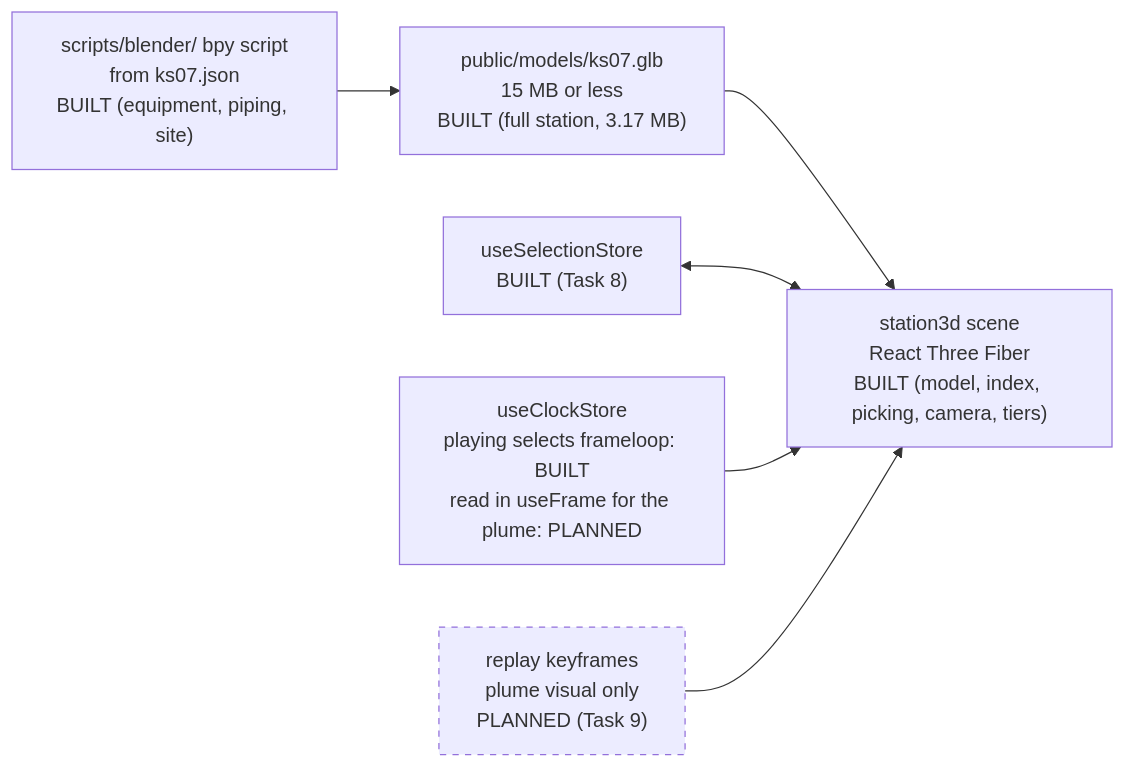
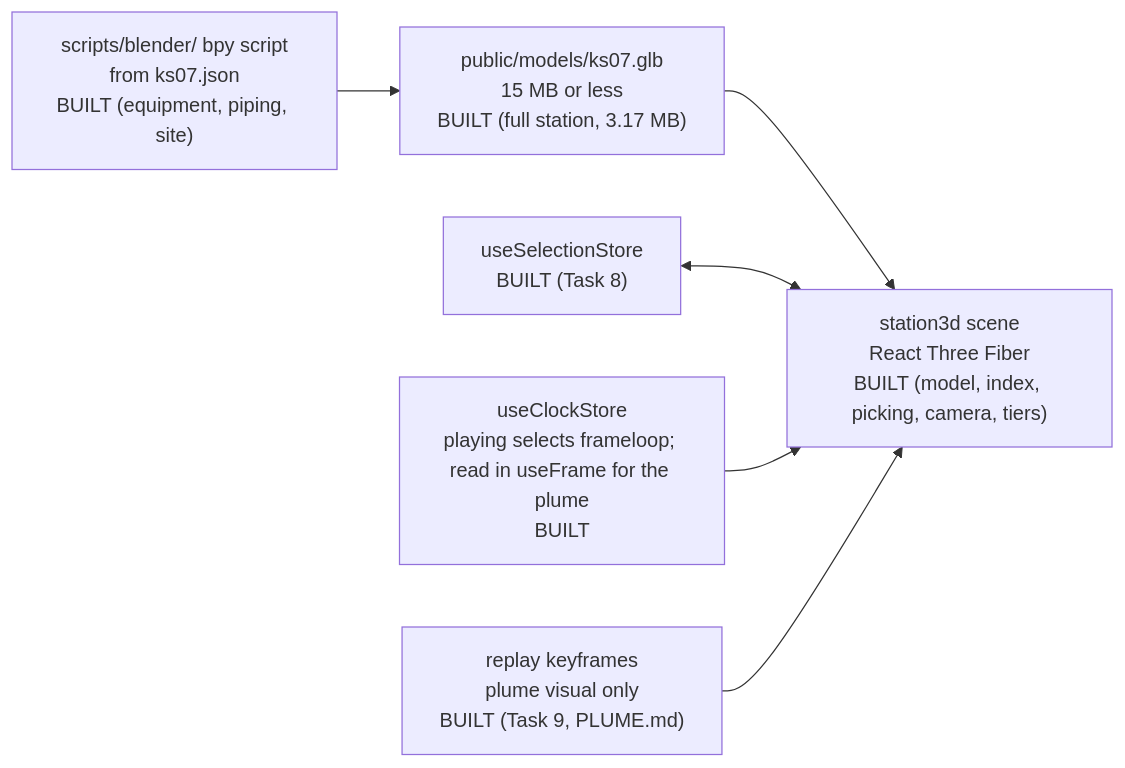
Before and after one commit to Nagdy8888/PlumeTrace: the third of 6 diagrams in docs/reference/FRONTEND.md, drawn with Mermaid. The commit also changed other lines of this file and 47 other files, not shown here.

````diff
--- a/docs/reference/FRONTEND.md
+++ b/docs/reference/FRONTEND.md
@@ -198,10 +203,8 @@
 ```mermaid
 flowchart LR
     Bpy["scripts/blender/ bpy script<br/>from ks07.json<br/>BUILT (equipment, piping, site)"] --> Glb["public/models/ks07.glb<br/>15 MB or less<br/>BUILT (full station, 3.17 MB)"]
     Glb --> Scene["station3d scene<br/>React Three Fiber<br/>BUILT (model, index, picking, camera, tiers)"]
     Sel["useSelectionStore<br/>BUILT (Task 8)"] <--> Scene
-    Clock["useClockStore<br/>playing selects frameloop: BUILT<br/>read in useFrame for the plume: PLANNED"] --> Scene
-    Frames["replay keyframes<br/>plume visual only<br/>PLANNED (Task 9)"] --> Scene
-    classDef planned stroke-dasharray: 5 5
-    class Frames planned
+    Clock["useClockStore<br/>playing selects frameloop; read in useFrame for the plume<br/>BUILT"] --> Scene
+    Frames["replay keyframes<br/>plume visual only<br/>BUILT (Task 9, PLUME.md)"] --> Scene
 ```
````
